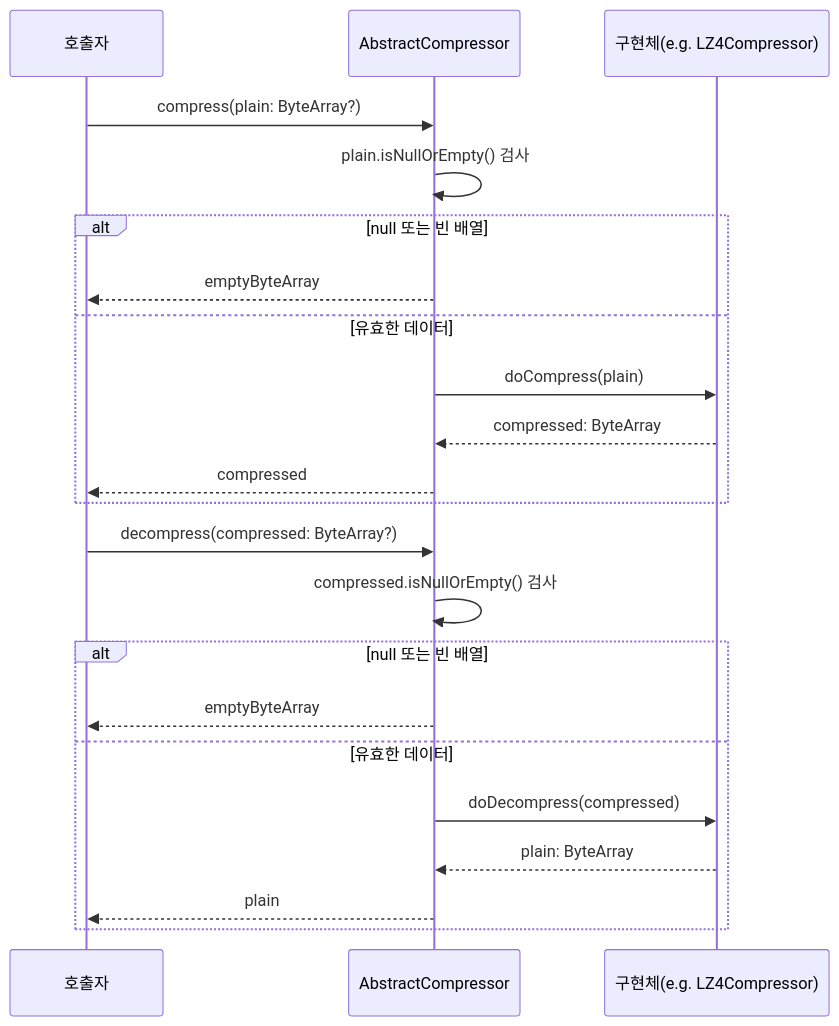
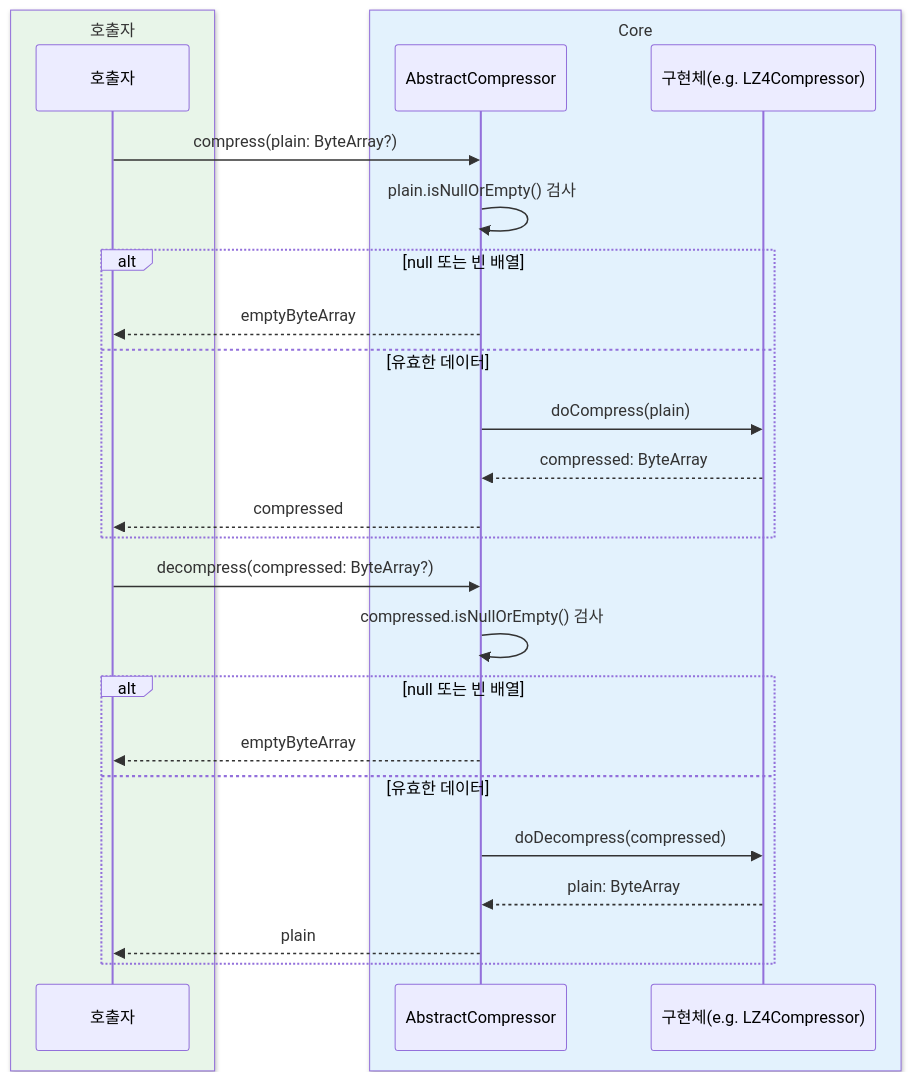
One commit to bluetape4k/bluetape4k-projects changed the third of 7 diagrams in io/io/README.ko.md. Above: the diagram before and after it, drawn with Mermaid. The commit also changed other lines of this file and 221 other files, not shown here.

First line of the commit message:
docs: 전체 모듈 README UML 다이어그램 보강 및 색상 업그레이드

````diff
--- a/io/io/README.ko.md
+++ b/io/io/README.ko.md
@@ -107,26 +133,30 @@
 ```mermaid
 sequenceDiagram
-    participant C as 호출자
-    participant AC as AbstractCompressor
-    participant Impl as 구현체(e.g. LZ4Compressor)
+    box rgb(232, 245, 233) 호출자
+        participant C as 호출자
+    end
+    box rgb(227, 242, 253) Core
+        participant AC as AbstractCompressor
+        participant Impl as 구현체(e.g. LZ4Compressor)
+    end
 
     C->>AC: compress(plain: ByteArray?)
     AC->>AC: plain.isNullOrEmpty() 검사
     alt null 또는 빈 배열
         AC-->>C: emptyByteArray
     else 유효한 데이터
         AC->>Impl: doCompress(plain)
         Impl-->>AC: compressed: ByteArray
         AC-->>C: compressed
     end
 
     C->>AC: decompress(compressed: ByteArray?)
     AC->>AC: compressed.isNullOrEmpty() 검사
     alt null 또는 빈 배열
         AC-->>C: emptyByteArray
     else 유효한 데이터
         AC->>Impl: doDecompress(compressed)
         Impl-->>AC: plain: ByteArray
         AC-->>C: plain
     end
 ```
````
